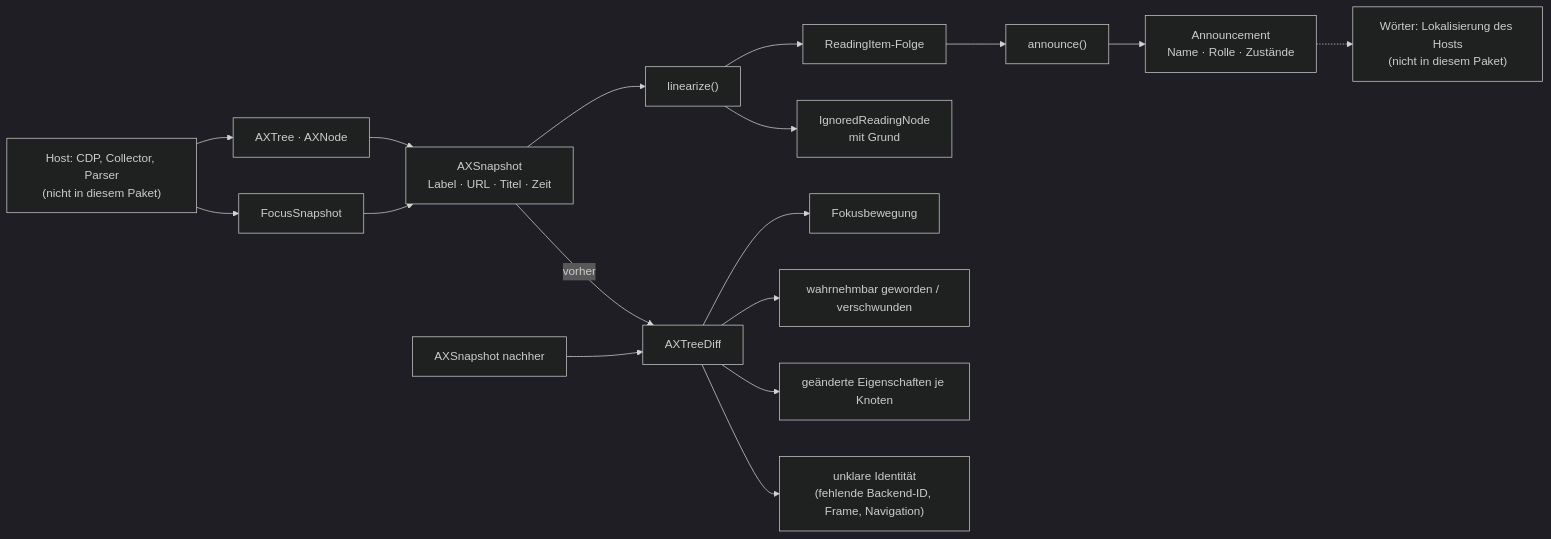
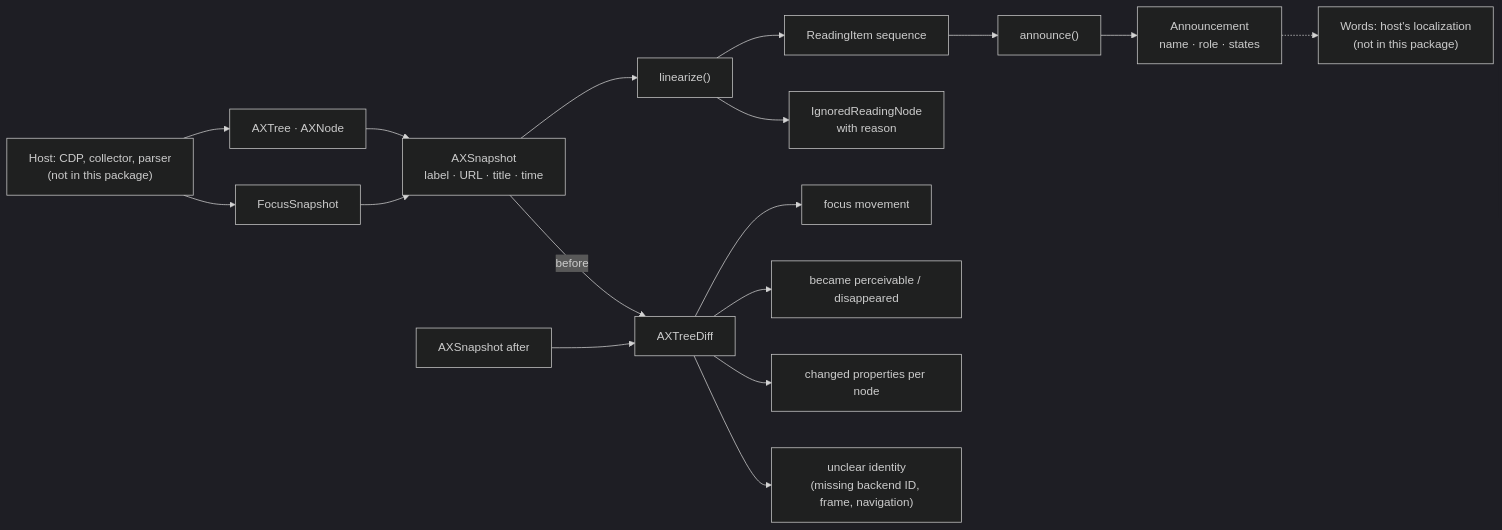
The diagram in docs/packages/a11y-perception.md (casoon/barrierlab), drawn with Mermaid (dark theme) before and after one commit. The commit also changed other lines of this file and 25 other files, not shown here.

````diff
--- a/docs/packages/a11y-perception.md
+++ b/docs/packages/a11y-perception.md
@@ -26,18 +26,18 @@
 ```mermaid
 flowchart LR
-  host["Host: CDP, Collector, Parser\n(nicht in diesem Paket)"] --> tree["AXTree · AXNode"]
+  host["Host: CDP, collector, parser\n(not in this package)"] --> tree["AXTree · AXNode"]
   host --> focus["FocusSnapshot"]
-  tree & focus --> snap["AXSnapshot\nLabel · URL · Titel · Zeit"]
+  tree & focus --> snap["AXSnapshot\nlabel · URL · title · time"]
   snap --> lin["linearize()"]
-  lin --> ri["ReadingItem-Folge"]
-  lin --> ign["IgnoredReadingNode\nmit Grund"]
+  lin --> ri["ReadingItem sequence"]
+  lin --> ign["IgnoredReadingNode\nwith reason"]
   ri --> ann["announce()"]
-  ann --> parts["Announcement\nName · Rolle · Zustände"]
-  parts -.-> words["Wörter: Lokalisierung des Hosts\n(nicht in diesem Paket)"]
-  snap -- vorher --> diff["AXTreeDiff"]
-  snap2["AXSnapshot nachher"] --> diff
-  diff --> fm["Fokusbewegung"]
-  diff --> add["wahrnehmbar geworden / verschwunden"]
-  diff --> chg["geänderte Eigenschaften je Knoten"]
-  diff --> unk["unklare Identität\n(fehlende Backend-ID, Frame, Navigation)"]
+  ann --> parts["Announcement\nname · role · states"]
+  parts -.-> words["Words: host's localization\n(not in this package)"]
+  snap -- before --> diff["AXTreeDiff"]
+  snap2["AXSnapshot after"] --> diff
+  diff --> fm["focus movement"]
+  diff --> add["became perceivable / disappeared"]
+  diff --> chg["changed properties per node"]
+  diff --> unk["unclear identity\n(missing backend ID, frame, navigation)"]
 ```
````
